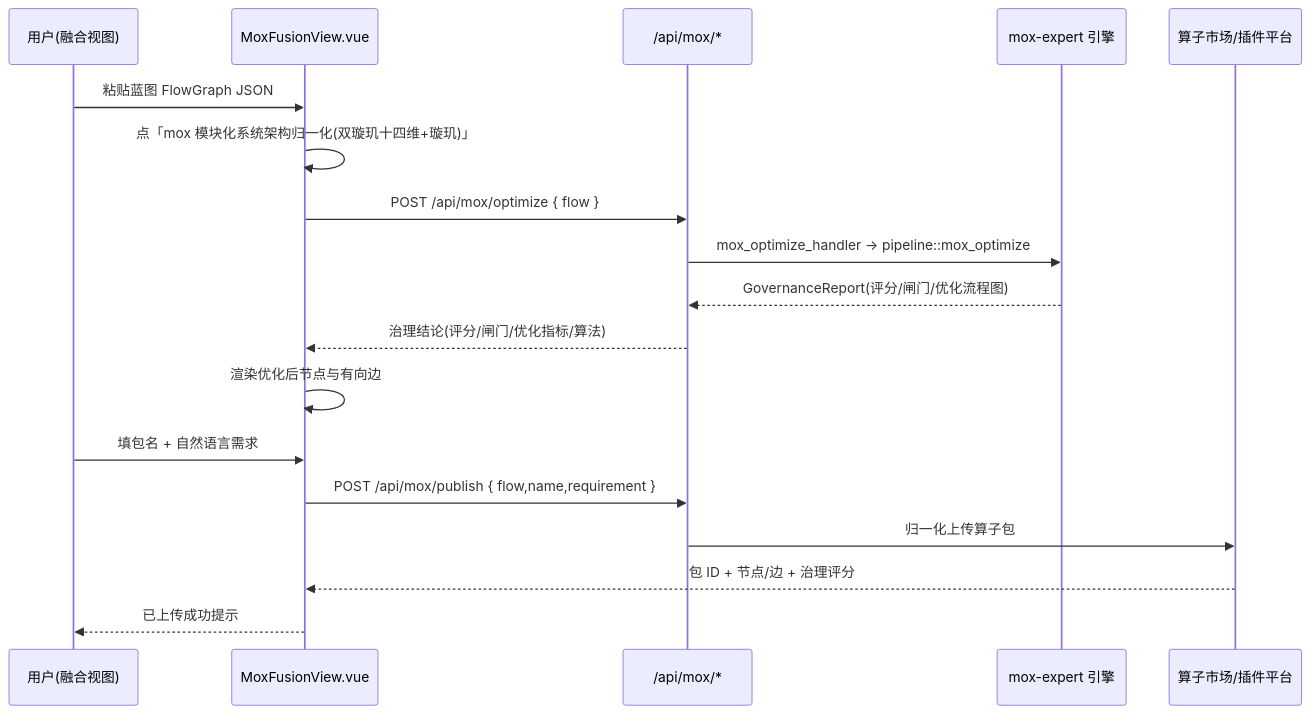
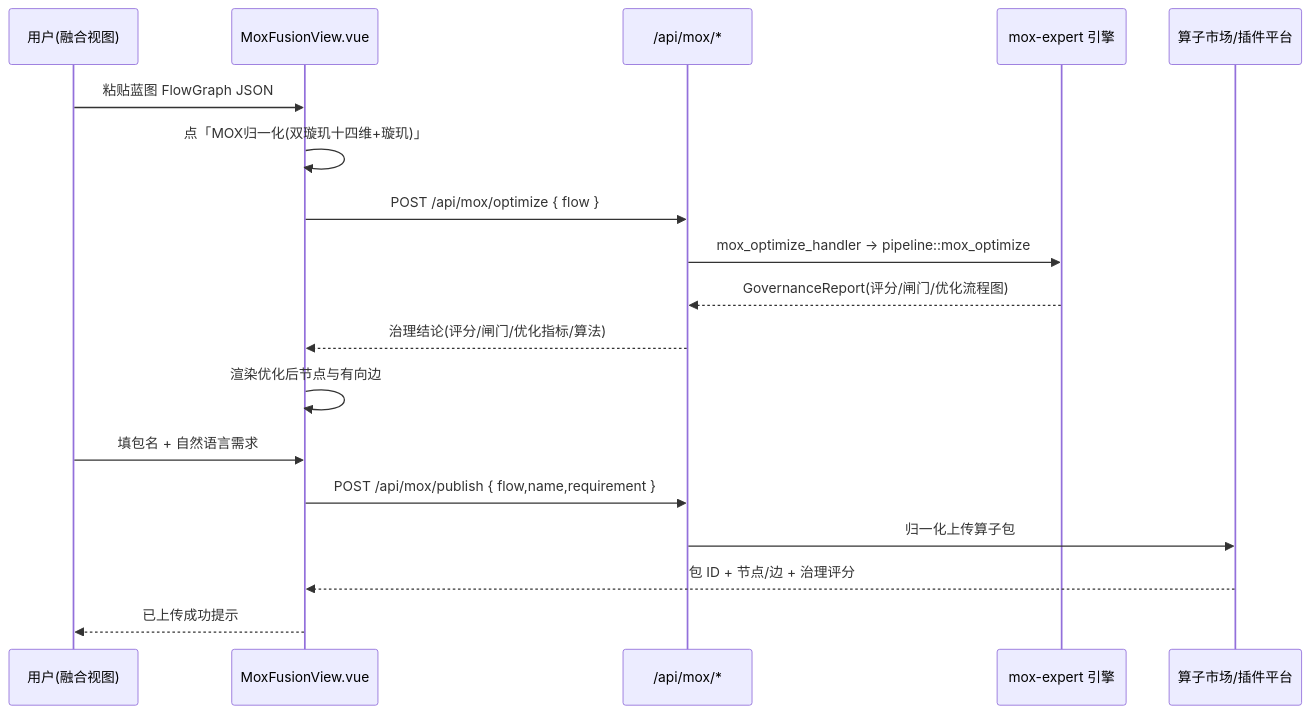
The second of 4 diagrams in docs/modules/mox-expert-alliance-fusion-flows.md (aikjx/mox), drawn with Mermaid before and after one commit. The commit also changed other lines of this file and 21 other files, not shown here.

````diff
--- a/docs/modules/mox-expert-alliance-fusion-flows.md
+++ b/docs/modules/mox-expert-alliance-fusion-flows.md
@@ -75,21 +75,21 @@
 ```mermaid
 sequenceDiagram
     participant U as 用户(融合视图)
     participant V as MoxFusionView.vue
     participant API as /api/mox/*
     participant EA as mox-expert 引擎
     participant M as 算子市场/插件平台
 
     U->>V: 粘贴蓝图 FlowGraph JSON
-    V->>V: 点「mox 模块化系统架构归一化(双璇玑十四维+璇玑)」
+    V->>V: 点「MOX归一化(双璇玑十四维+璇玑)」
     V->>API: POST /api/mox/optimize { flow }
     API->>EA: mox_optimize_handler → pipeline::mox_optimize
     EA-->>API: GovernanceReport(评分/闸门/优化流程图)
     API-->>V: 治理结论(评分/闸门/优化指标/算法)
     V->>V: 渲染优化后节点与有向边
     U->>V: 填包名 + 自然语言需求
     V->>API: POST /api/mox/publish { flow,name,requirement }
     API->>M: 归一化上传算子包
     M-->>V: 包 ID + 节点/边 + 治理评分
     V-->>U: 已上传成功提示
 ```
````
